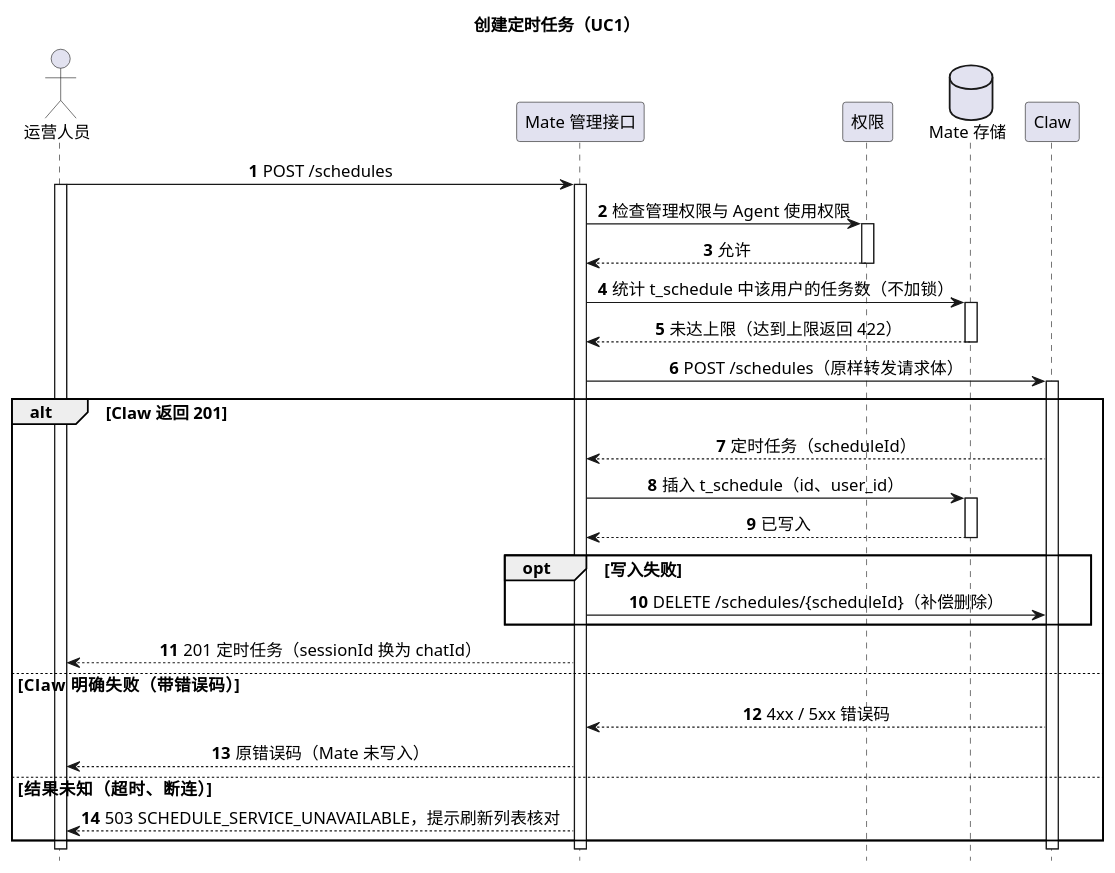
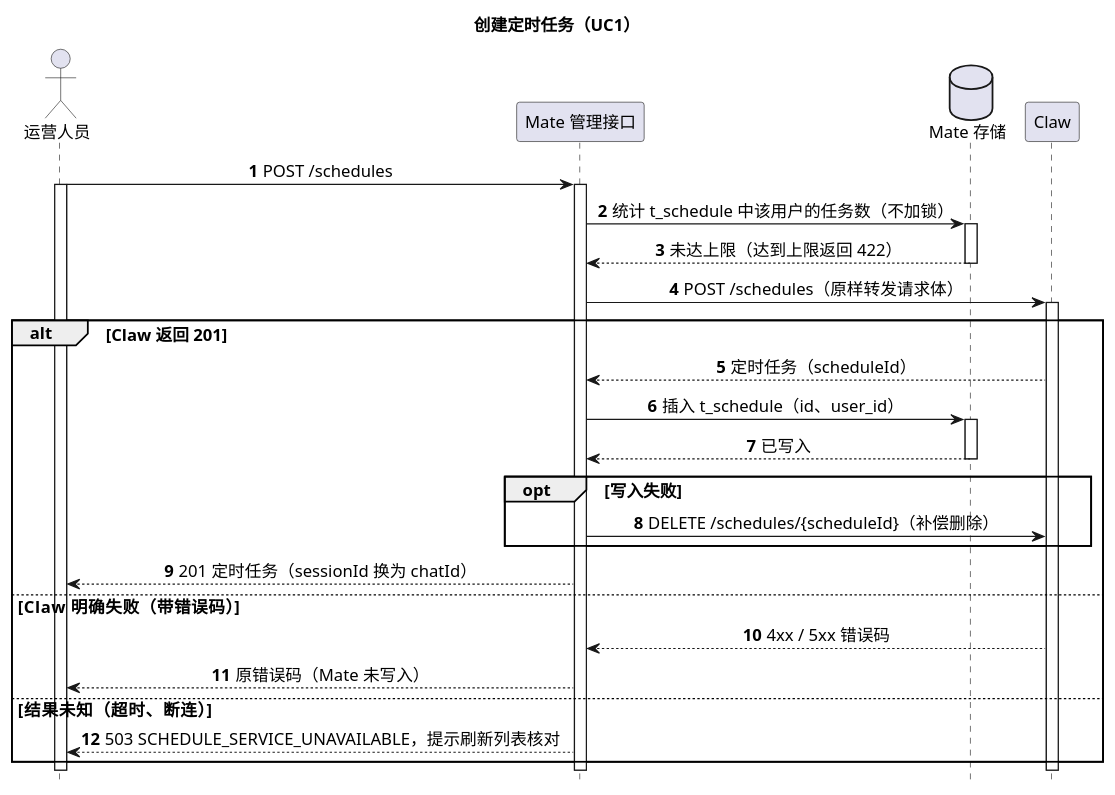
The second of 4 diagrams in 02-服务与接口/08-mate-service定时任务/diagram.puml (ssm0808/pi-mono-java-design), drawn with PlantUML before and after one commit. The commit also changed other lines of this file and 5 other files, not shown here.

First line of the commit message:
Mate 定时任务：权限由 Mate 框架按 access-token 检查，删除设计中的权限步骤

```diff
--- a/02-服务与接口/08-mate-service定时任务/diagram.puml
+++ b/02-服务与接口/08-mate-service定时任务/diagram.puml
@@ -50,41 +50,38 @@
 @startuml mate_schedule_create
 ' 目标：待实现；UC1 创建接口配置的任务。
 ' Claw 接口：POST /campusclaw-service/v1/schedules，见 01-总体架构/08-CampusClaw定时任务/README.md 第 4.4 节。
-' mate-service 源码未核验；“权限”代表公司功能权限与 Mate 既有 Agent 使用权限两个检查。
+' mate-service 源码未核验；用户认证与权限由 Mate 框架按 access-token 在进入管理接口前完成，不在本图中。
 ' 表达方式：画正常创建与 Claw 结果三种去向；配额统计不加锁；补偿删除失败后的对账见 README.md 第 3.7 节。
 title 创建定时任务（UC1）
 hide footbox
 skinparam backgroundColor white
 skinparam defaultFontSize 14
 skinparam sequenceMessageAlign center
 actor "运营人员" as Operator
 participant "Mate 管理接口" as Mate
-participant "权限" as Perm
 database "Mate 存储" as MateStore
 participant "Claw" as Claw
 autonumber
 Operator -> Mate ++ : POST /schedules
 activate Operator
-Mate -> Perm ++ : 检查管理权限与 Agent 使用权限
-return 允许
 Mate -> MateStore ++ : 统计 t_schedule 中该用户的任务数（不加锁）
 return 未达上限（达到上限返回 422）
 Mate -> Claw ++ : POST /schedules（原样转发请求体）
 alt Claw 返回 201
   Claw --> Mate : 定时任务（scheduleId）
   Mate -> MateStore ++ : 插入 t_schedule（id、user_id）
   return 已写入
   opt 写入失败
     Mate -> Claw : DELETE /schedules/{scheduleId}（补偿删除）
   end
   Mate --> Operator : 201 定时任务（sessionId 换为 chatId）
 else Claw 明确失败（带错误码）
   Claw --> Mate : 4xx / 5xx 错误码
   Mate --> Operator : 原错误码（Mate 未写入）
 else 结果未知（超时、断连）
   Mate --> Operator : 503 SCHEDULE_SERVICE_UNAVAILABLE，提示刷新列表核对
 end
 deactivate Claw
 deactivate Mate
 deactivate Operator
 @enduml
```
